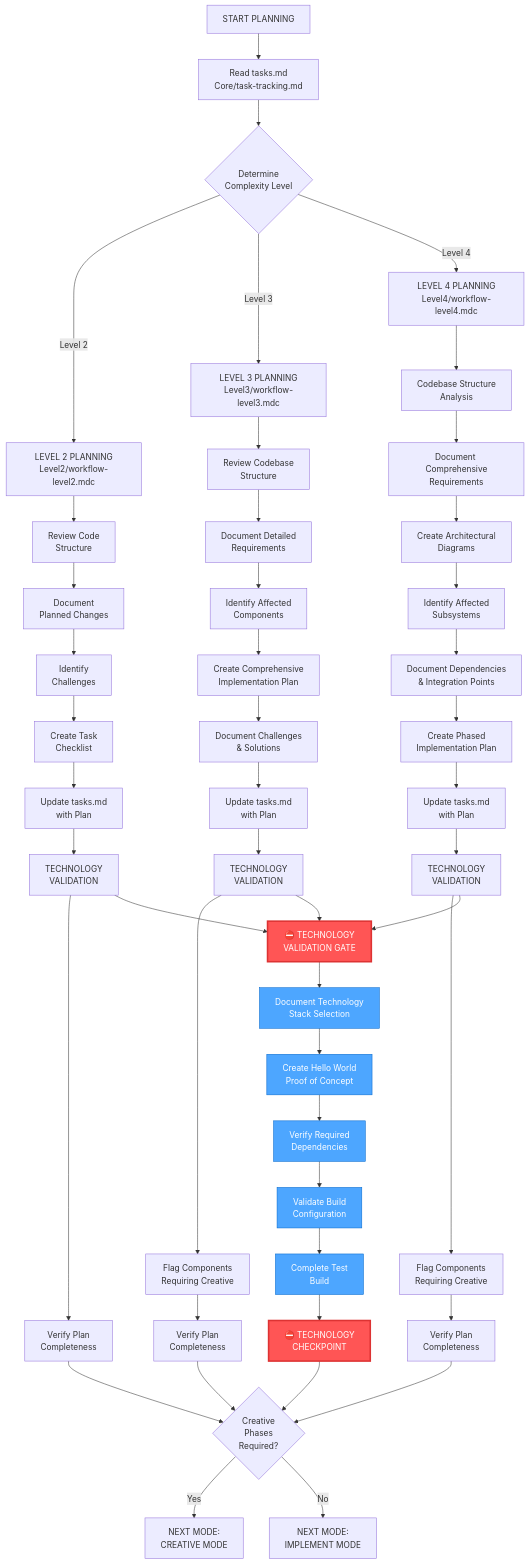
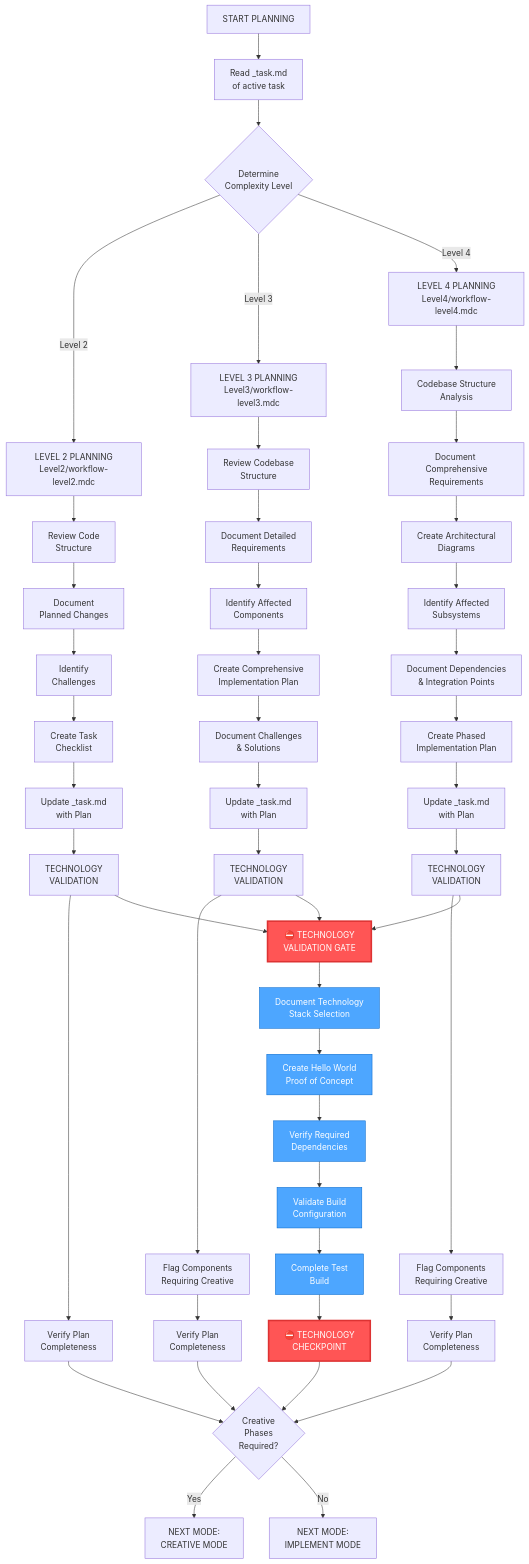
One commit to vanzan01/cursor-memory-bank changed the first of 4 diagrams in .cursor/rules/isolation_rules/visual-maps/plan-mode-map.mdc. Above: the diagram before and after it, drawn with Mermaid. The commit also changed other lines of this file and 52 other files, not shown here.

Commit message:
Добавлены новые правила для управления активными задачами и генерации сообщений коммитов. Обновлены существующие правила для улучшения логики обработки контекста и управления задачами. Включены инструкции по созданию заметок для релиза и улучшены диаграммы процесса для режимов ARCHIVE и CREATIVE.

````diff
--- a/.cursor/rules/isolation_rules/visual-maps/plan-mode-map.mdc
+++ b/.cursor/rules/isolation_rules/visual-maps/plan-mode-map.mdc
@@ -13,67 +13,67 @@
 ```mermaid
 graph TD
-    Start["START PLANNING"] --> ReadTasks["Read tasks.md<br>Core/task-tracking.md"]
+    Start["START PLANNING"] --> ReadTasks["Read _task.md<br>of active task"]
 
     %% Complexity Level Determination
     ReadTasks --> CheckLevel{"Determine<br>Complexity Level"}
     CheckLevel -->|"Level 2"| Level2["LEVEL 2 PLANNING<br>Level2/workflow-level2.mdc"]
     CheckLevel -->|"Level 3"| Level3["LEVEL 3 PLANNING<br>Level3/workflow-level3.mdc"]
     CheckLevel -->|"Level 4"| Level4["LEVEL 4 PLANNING<br>Level4/workflow-level4.mdc"]
 
     %% Level 2 Planning
     Level2 --> L2Review["Review Code<br>Structure"]
     L2Review --> L2Document["Document<br>Planned Changes"]
     L2Document --> L2Challenges["Identify<br>Challenges"]
     L2Challenges --> L2Checklist["Create Task<br>Checklist"]
-    L2Checklist --> L2Update["Update tasks.md<br>with Plan"]
+    L2Checklist --> L2Update["Update _task.md<br>with Plan"]
     L2Update --> L2Tech["TECHNOLOGY<br>VALIDATION"]
     L2Tech --> L2Verify["Verify Plan<br>Completeness"]
 
     %% Level 3 Planning
     Level3 --> L3Review["Review Codebase<br>Structure"]
     L3Review --> L3Requirements["Document Detailed<br>Requirements"]
     L3Requirements --> L3Components["Identify Affected<br>Components"]
     L3Components --> L3Plan["Create Comprehensive<br>Implementation Plan"]
     L3Plan --> L3Challenges["Document Challenges<br>& Solutions"]
-    L3Challenges --> L3Update["Update tasks.md<br>with Plan"]
+    L3Challenges --> L3Update["Update _task.md<br>with Plan"]
     L3Update --> L3Tech["TECHNOLOGY<br>VALIDATION"]
     L3Tech --> L3Flag["Flag Components<br>Requiring Creative"]
     L3Flag --> L3Verify["Verify Plan<br>Completeness"]
 
     %% Level 4 Planning
     Level4 --> L4Analysis["Codebase Structure<br>Analysis"]
     L4Analysis --> L4Requirements["Document Comprehensive<br>Requirements"]
     L4Requirements --> L4Diagrams["Create Architectural<br>Diagrams"]
     L4Diagrams --> L4Subsystems["Identify Affected<br>Subsystems"]
     L4Subsystems --> L4Dependencies["Document Dependencies<br>& Integration Points"]
     L4Dependencies --> L4Plan["Create Phased<br>Implementation Plan"]
-    L4Plan --> L4Update["Update tasks.md<br>with Plan"]
+    L4Plan --> L4Update["Update _task.md<br>with Plan"]
     L4Update --> L4Tech["TECHNOLOGY<br>VALIDATION"]
     L4Tech --> L4Flag["Flag Components<br>Requiring Creative"]
     L4Flag --> L4Verify["Verify Plan<br>Completeness"]
 
     %% Technology Validation Gate - NEW
     L2Tech & L3Tech & L4Tech --> TechGate["⛔ TECHNOLOGY<br>VALIDATION GATE"]
     TechGate --> TechSelection["Document Technology<br>Stack Selection"]
     TechSelection --> TechHelloWorld["Create Hello World<br>Proof of Concept"]
     TechHelloWorld --> TechDependencies["Verify Required<br>Dependencies"]
     TechDependencies --> TechConfig["Validate Build<br>Configuration"]
     TechConfig --> TechBuild["Complete Test<br>Build"]
     TechBuild --> TechVerify["⛔ TECHNOLOGY<br>CHECKPOINT"]
 
     %% Verification & Completion
     L2Verify & L3Verify & L4Verify & TechVerify --> CheckCreative{"Creative<br>Phases<br>Required?"}
 
     %% Mode Transition
     CheckCreative -->|"Yes"| RecCreative["NEXT MODE:<br>CREATIVE MODE"]
     CheckCreative -->|"No"| RecImplement["NEXT MODE:<br>IMPLEMENT MODE"]
 
     %% Style for Technology Gate
     style TechGate fill:#ff5555,stroke:#dd3333,color:white,stroke-width:3px
     style TechVerify fill:#ff5555,stroke:#dd3333,color:white,stroke-width:3px
     style TechSelection fill:#4da6ff,stroke:#0066cc,color:white
     style TechHelloWorld fill:#4da6ff,stroke:#0066cc,color:white
     style TechDependencies fill:#4da6ff,stroke:#0066cc,color:white
     style TechConfig fill:#4da6ff,stroke:#0066cc,color:white
     style TechBuild fill:#4da6ff,stroke:#0066cc,color:white
 ```
````
